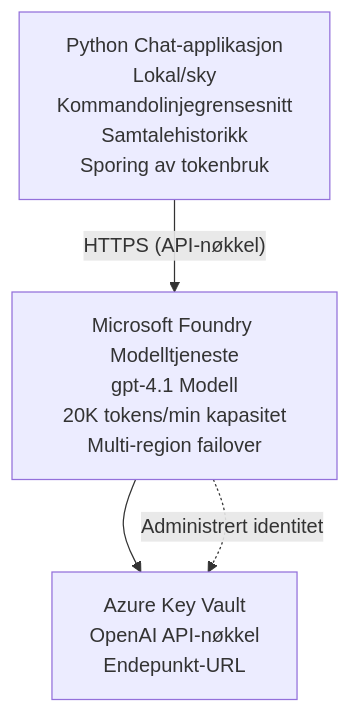
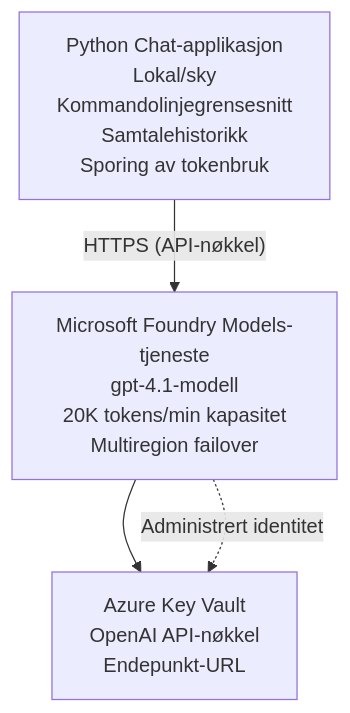
One commit to microsoft/AZD-for-beginners changed the diagram in translations/no/examples/azure-openai-chat/README.md. Above: the diagram before and after it, drawn with Mermaid. The commit also changed other lines of this file and 104 other files, not shown here.

````diff
--- a/translations/no/examples/azure-openai-chat/README.md
+++ b/translations/no/examples/azure-openai-chat/README.md
@@ -26,6 +26,6 @@
 ```mermaid
 graph TD
-    App[Python Chat-applikasjon<br/>Lokal/sky<br/>Kommandolinjegrensesnitt<br/>Samtalehistorikk<br/>Sporing av tokenbruk] -- "HTTPS (API-nøkkel)" --> Foundry[Microsoft Foundry Modelltjeneste<br/>gpt-4.1 Modell<br/>20K tokens/min kapasitet<br/>Multi-region failover]
+    App[Python Chat-applikasjon<br/>Lokal/sky<br/>Kommandolinjegrensesnitt<br/>Samtalehistorikk<br/>Sporing av tokenbruk] -- "HTTPS (API-nøkkel)" --> Foundry[Microsoft Foundry Models-tjeneste<br/>gpt-4.1-modell<br/>20K tokens/min kapasitet<br/>Multiregion failover]
     Foundry --> KV[Azure Key Vault<br/>OpenAI API-nøkkel<br/>Endepunkt-URL]
     Foundry -. Administrert identitet .-> KV
 ```
````
